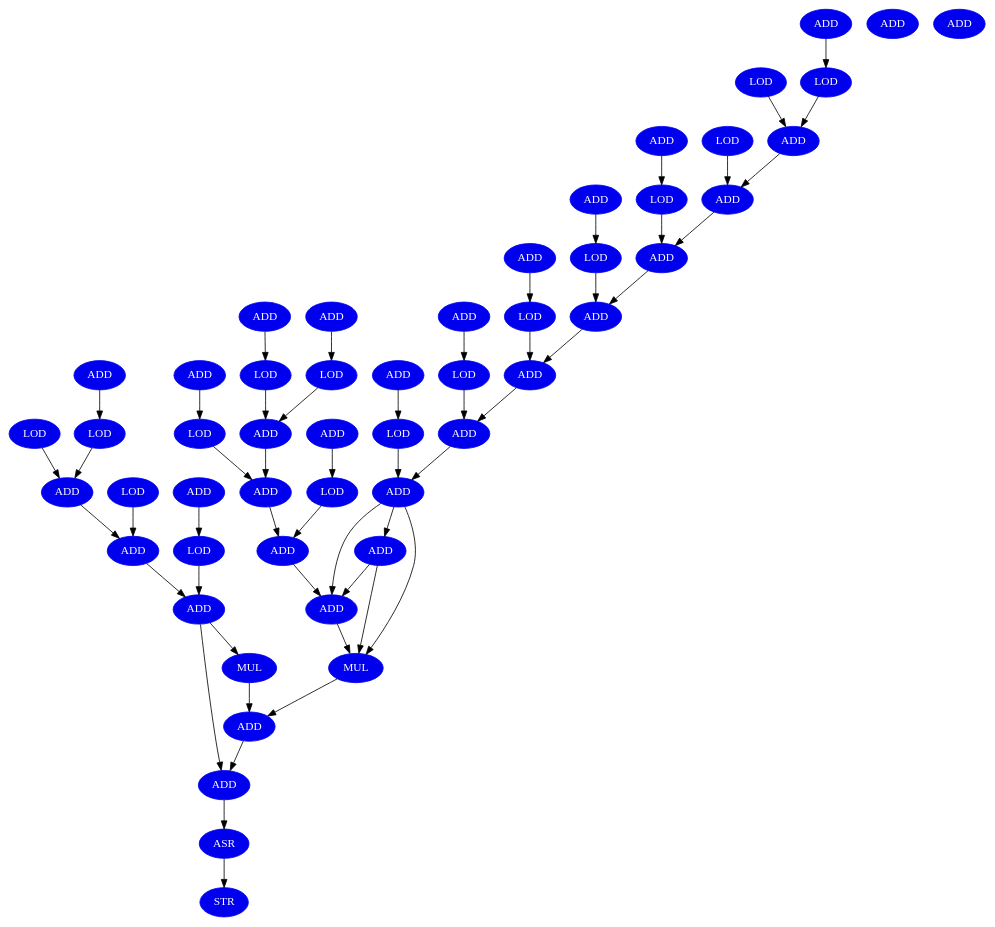
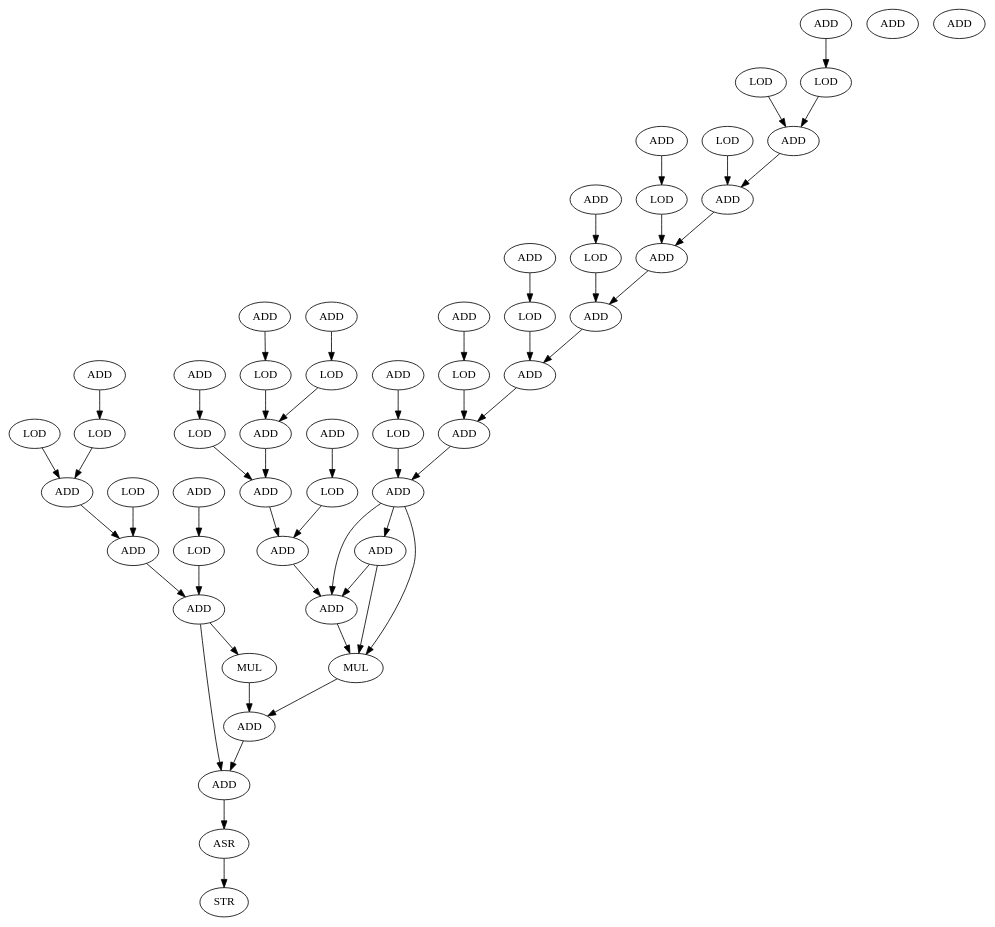
One commit to nikhilsambhus/DFGprop changed the diagram in large_dfgs/h2v2_smooth_downsample_dfg__6.dot. Above: the diagram before and after it, drawn with Graphviz.

Commit message:
edited dot file

```diff
--- a/large_dfgs/h2v2_smooth_downsample_dfg__6.dot
+++ b/large_dfgs/h2v2_smooth_downsample_dfg__6.dot
@@ -1,106 +1,105 @@
 digraph h2v2_smooth_downsample_dfg__6 {
-    node [fontcolor=white,style=filled,color=blue2];
     LOD_1 [label = LOD ];
     ADD_7 [label = ADD ];
     LOD_8 [label = LOD ];
     ADD_11 [label = ADD ];
     LOD_12 [label = LOD ];
     ADD_15 [label = ADD ];
     ADD_19 [label = ADD ];
     LOD_20 [label = LOD ];
     ADD_23 [label = ADD ];
     LOD_26 [label = LOD ];
     ADD_32 [label = ADD ];
     LOD_33 [label = LOD ];
     ADD_36 [label = ADD ];
     LOD_37 [label = LOD ];
     ADD_40 [label = ADD ];
     ADD_44 [label = ADD ];
     LOD_45 [label = LOD ];
     ADD_48 [label = ADD ];
     ADD_52 [label = ADD ];
     LOD_53 [label = LOD ];
     ADD_56 [label = ADD ];
     ADD_60 [label = ADD ];
     LOD_61 [label = LOD ];
     ADD_64 [label = ADD ];
     ADD_68 [label = ADD ];
     LOD_69 [label = LOD ];
     ADD_72 [label = ADD ];
     ADD_76 [label = ADD ];
     LOD_77 [label = LOD ];
     ADD_80 [label = ADD ];
     ADD_83 [label = ADD ];
     ADD_89 [label = ADD ];
     LOD_90 [label = LOD ];
     ADD_96 [label = ADD ];
     LOD_97 [label = LOD ];
     ADD_100 [label = ADD ];
     ADD_104 [label = ADD ];
     LOD_105 [label = LOD ];
     ADD_108 [label = ADD ];
     ADD_112 [label = ADD ];
     LOD_113 [label = LOD ];
     ADD_116 [label = ADD ];
     ADD_118 [label = ADD ];
     MUL_121 [label = MUL ];
     MUL_122 [label = MUL ];
     ADD_123 [label = ADD ];
     ADD_126 [label = ADD ];
     ASR_128 [label = ASR ];
     STR_130 [label = STR ];
     ADD_132 [label = ADD ];
     ADD_137 [label = ADD ];
     LOD_1 -> ADD_11 [ name = 0 ];
     ADD_7 -> LOD_8 [ name = 2 ];
     LOD_8 -> ADD_11 [ name = 3 ];
     ADD_11 -> ADD_15 [ name = 4 ];
     LOD_12 -> ADD_15 [ name = 5 ];
     ADD_15 -> ADD_23 [ name = 6 ];
     ADD_19 -> LOD_20 [ name = 8 ];
     LOD_20 -> ADD_23 [ name = 9 ];
     ADD_23 -> MUL_121 [ name = 10 ];
     ADD_23 -> ADD_126 [ name = 11 ];
     LOD_26 -> ADD_36 [ name = 12 ];
     ADD_32 -> LOD_33 [ name = 14 ];
     LOD_33 -> ADD_36 [ name = 15 ];
     ADD_36 -> ADD_40 [ name = 16 ];
     LOD_37 -> ADD_40 [ name = 17 ];
     ADD_40 -> ADD_48 [ name = 18 ];
     ADD_44 -> LOD_45 [ name = 20 ];
     LOD_45 -> ADD_48 [ name = 21 ];
     ADD_48 -> ADD_56 [ name = 22 ];
     ADD_52 -> LOD_53 [ name = 24 ];
     LOD_53 -> ADD_56 [ name = 25 ];
     ADD_56 -> ADD_64 [ name = 26 ];
     ADD_60 -> LOD_61 [ name = 28 ];
     LOD_61 -> ADD_64 [ name = 29 ];
     ADD_64 -> ADD_72 [ name = 30 ];
     ADD_68 -> LOD_69 [ name = 32 ];
     LOD_69 -> ADD_72 [ name = 33 ];
     ADD_72 -> ADD_80 [ name = 34 ];
     ADD_76 -> LOD_77 [ name = 36 ];
     LOD_77 -> ADD_80 [ name = 37 ];
     ADD_80 -> ADD_83 [ name = 38 ];
     ADD_80 -> ADD_118 [ name = 40 ];
     ADD_80 -> MUL_122 [ name = 41 ];
     ADD_83 -> ADD_118 [ name = 42 ];
     ADD_83 -> MUL_122 [ name = 43 ];
     ADD_89 -> LOD_90 [ name = 45 ];
     LOD_90 -> ADD_100 [ name = 46 ];
     ADD_96 -> LOD_97 [ name = 48 ];
     LOD_97 -> ADD_100 [ name = 49 ];
     ADD_100 -> ADD_108 [ name = 50 ];
     ADD_104 -> LOD_105 [ name = 52 ];
     LOD_105 -> ADD_108 [ name = 53 ];
     ADD_108 -> ADD_116 [ name = 54 ];
     ADD_112 -> LOD_113 [ name = 56 ];
     LOD_113 -> ADD_116 [ name = 57 ];
     ADD_116 -> ADD_118 [ name = 58 ];
     ADD_118 -> MUL_122 [ name = 59 ];
     MUL_121 -> ADD_123 [ name = 60 ];
     MUL_122 -> ADD_123 [ name = 61 ];
     ADD_123 -> ADD_126 [ name = 62 ];
     ADD_126 -> ASR_128 [ name = 64 ];
     ASR_128 -> STR_130 [ name = 66 ];
 }
```
